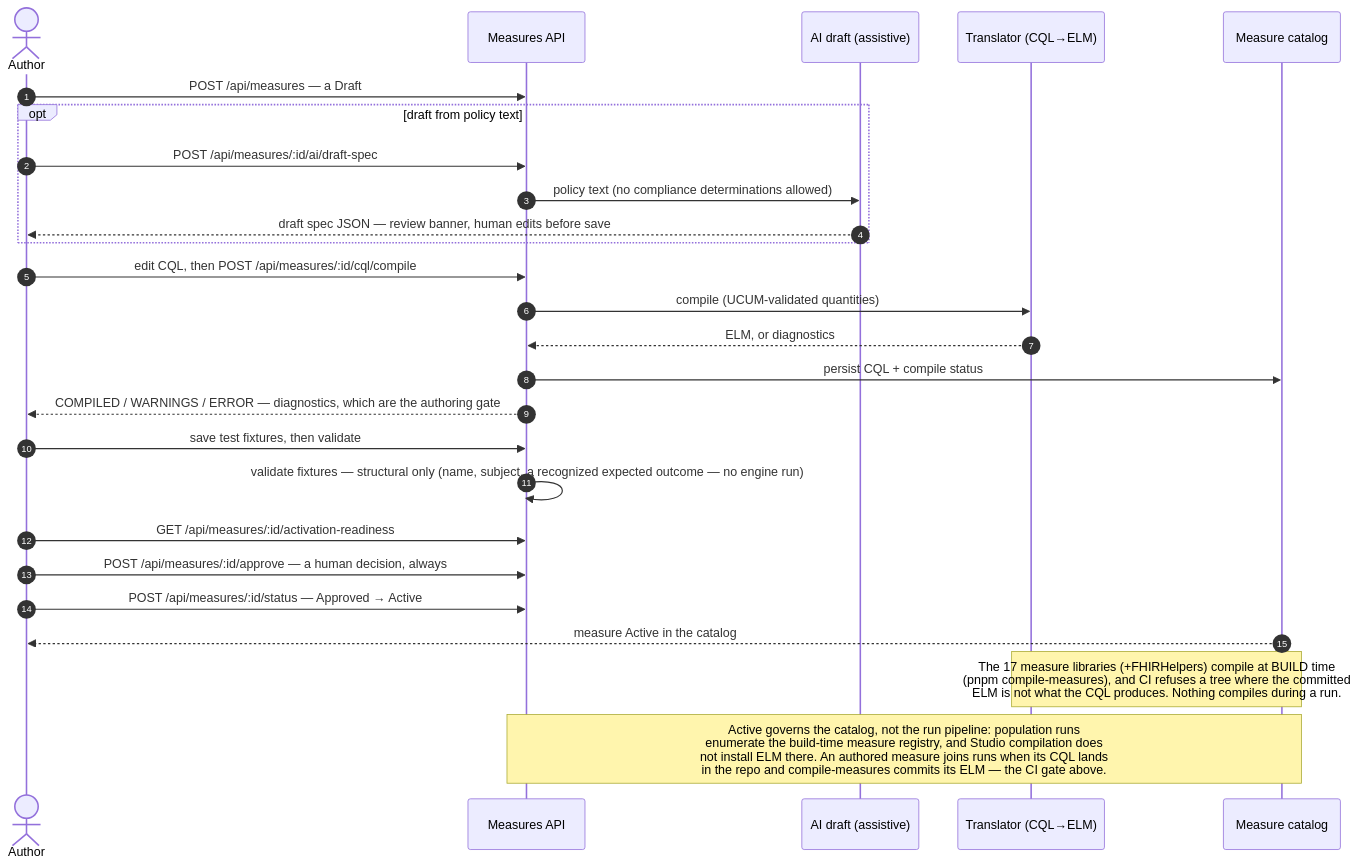
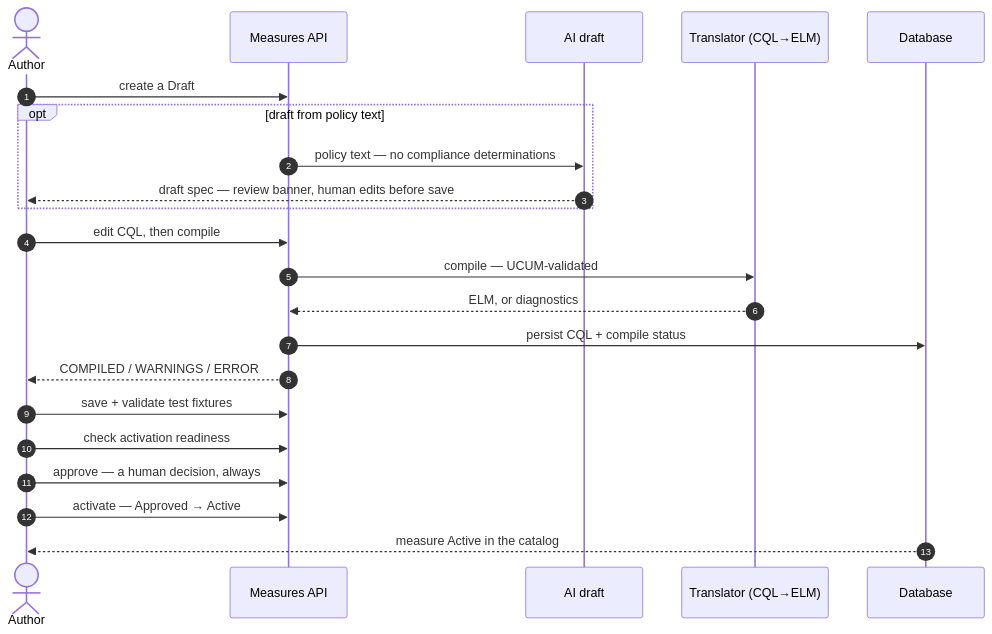
One commit to Taleef7/workwell changed the fourth of 6 diagrams in docs/guide/10-scenarios.md. Above: the diagram before and after it, drawn with Mermaid. The commit also changed other lines of this file, not shown here.

````diff
--- a/docs/guide/10-scenarios.md
+++ b/docs/guide/10-scenarios.md
@@ -176,28 +208,24 @@
 ```mermaid
 sequenceDiagram
   autonumber
   actor Au as Author
   participant M as Measures API
-  participant AI as AI draft (assistive)
+  participant AI as AI draft
   participant T as Translator (CQL→ELM)
-  participant Cat as Measure catalog
-  Au->>M: POST /api/measures — a Draft
+  participant DB as Database
+  Au->>M: create a Draft
   opt draft from policy text
-    Au->>M: POST /api/measures/:id/ai/draft-spec
-    M->>AI: policy text (no compliance determinations allowed)
-    AI-->>Au: draft spec JSON — review banner, human edits before save
+    M->>AI: policy text — no compliance determinations
+    AI-->>Au: draft spec — review banner, human edits before save
   end
-  Au->>M: edit CQL, then POST /api/measures/:id/cql/compile
-  M->>T: compile (UCUM-validated quantities)
+  Au->>M: edit CQL, then compile
+  M->>T: compile — UCUM-validated
   T-->>M: ELM, or diagnostics
-  M->>Cat: persist CQL + compile status
-  M-->>Au: COMPILED / WARNINGS / ERROR — diagnostics, which are the authoring gate
-  Au->>M: save test fixtures, then validate
-  M->>M: validate fixtures — structural only (name, subject, a recognized expected outcome — no engine run)
-  Au->>M: GET /api/measures/:id/activation-readiness
-  Au->>M: POST /api/measures/:id/approve — a human decision, always
-  Au->>M: POST /api/measures/:id/status — Approved → Active
-  Cat-->>Au: measure Active in the catalog
-  Note over T,Cat: The 17 measure libraries (+FHIRHelpers) compile at BUILD time<br/>(pnpm compile-measures), and CI refuses a tree where the committed<br/>ELM is not what the CQL produces. Nothing compiles during a run.
-  Note over M,Cat: Active governs the catalog, not the run pipeline: population runs<br/>enumerate the build-time measure registry, and Studio compilation does<br/>not install ELM there. An authored measure joins runs when its CQL lands<br/>in the repo and compile-measures commits its ELM — the CI gate above.
+  M->>DB: persist CQL + compile status
+  M-->>Au: COMPILED / WARNINGS / ERROR
+  Au->>M: save + validate test fixtures
+  Au->>M: check activation readiness
+  Au->>M: approve — a human decision, always
+  Au->>M: activate — Approved → Active
+  DB-->>Au: measure Active in the catalog
 ```
````
